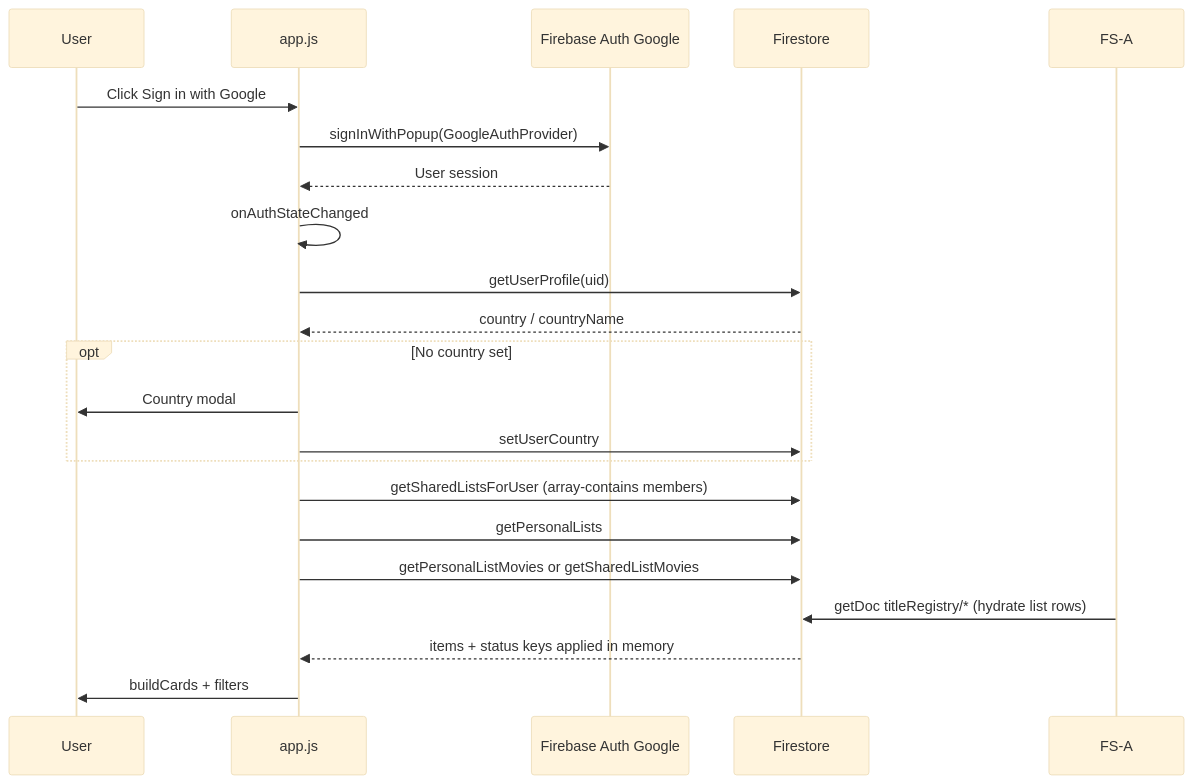
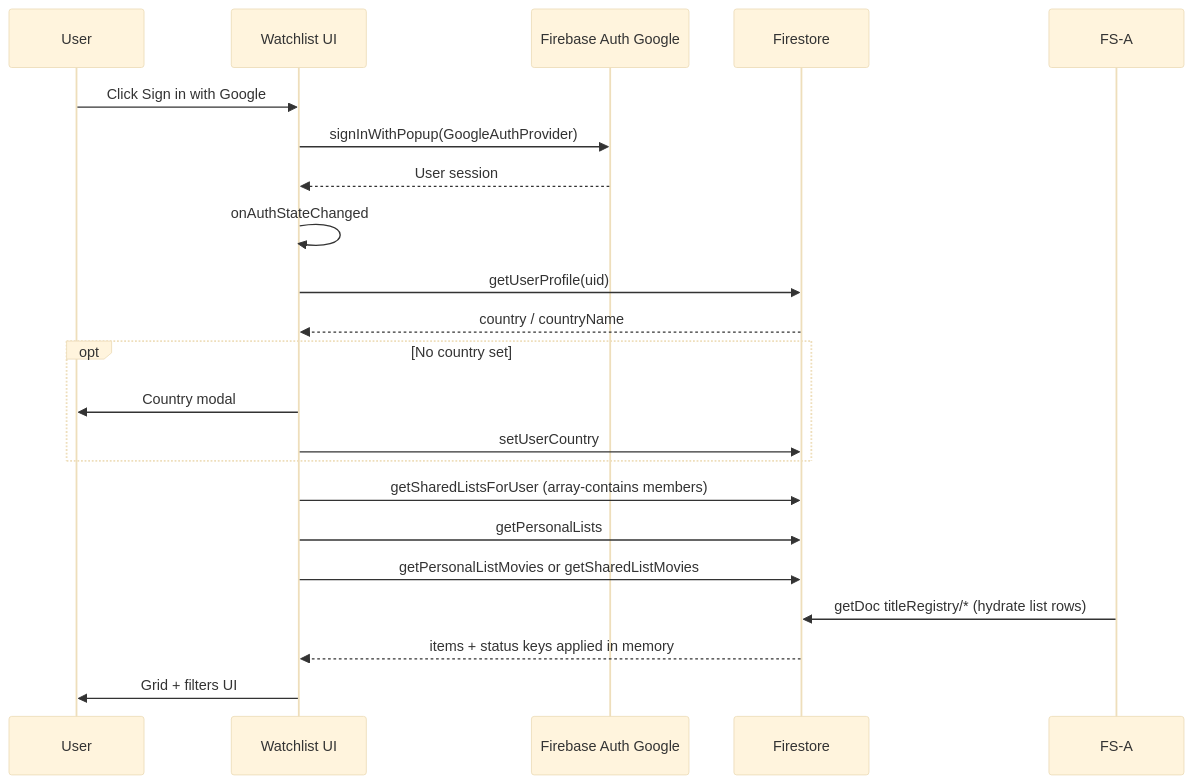
The third of 5 diagrams in system-design.md (maulbogat/watchlist-app), drawn with Mermaid (base theme) before and after one commit. The commit also changed other lines of this file and 49 other files, not shown here.

````diff
--- a/system-design.md
+++ b/system-design.md
@@ -363,24 +363,24 @@
 ```mermaid
 sequenceDiagram
   participant User
-  participant App as app.js
+  participant App as Watchlist UI
   participant Auth as Firebase Auth Google
   participant FS as Firestore
 
   User->>App: Click Sign in with Google
   App->>Auth: signInWithPopup(GoogleAuthProvider)
   Auth-->>App: User session
   App->>App: onAuthStateChanged
   App->>FS: getUserProfile(uid)
   FS-->>App: country / countryName
   opt No country set
     App->>User: Country modal
     App->>FS: setUserCountry
   end
   App->>FS: getSharedListsForUser (array-contains members)
   App->>FS: getPersonalLists
   App->>FS: getPersonalListMovies or getSharedListMovies
   FS-A->>FS: getDoc titleRegistry/* (hydrate list rows)
   FS-->>App: items + status keys applied in memory
-  App->>User: buildCards + filters
+  App->>User: Grid + filters UI
 ```
````
